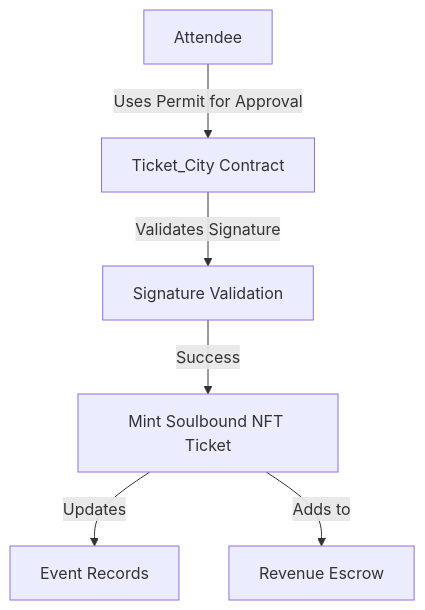
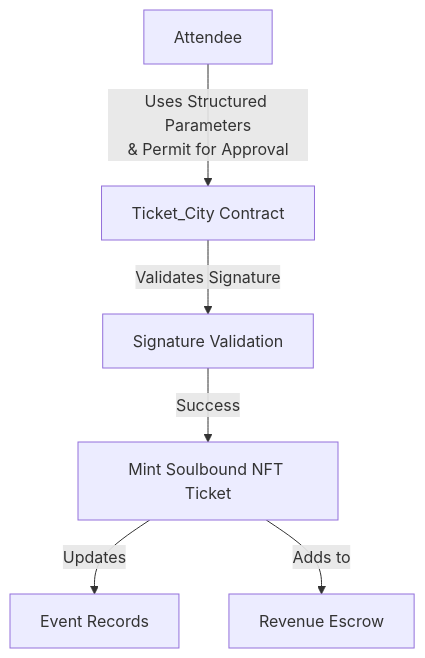
Before and after one commit to DevBigEazi/TicketCity: the second of 6 diagrams in README.md, drawn with Mermaid. The commit also changed other lines of this file and 5 other files, not shown here.

````diff
--- a/README.md
+++ b/README.md
@@ -298,8 +334,8 @@
 ```mermaid
 graph TD
-    A[Attendee] -->|Uses Permit for Approval| B[Ticket_City Contract]
+    A[Attendee] -->|Uses Structured Parameters<br>& Permit for Approval| B[Ticket_City Contract]
     B -->|Validates Signature| C[Signature Validation]
     C -->|Success| D[Mint Soulbound NFT Ticket]
     D -->|Updates| E[Event Records]
     D -->|Adds to| F[Revenue Escrow]
 ```
````
